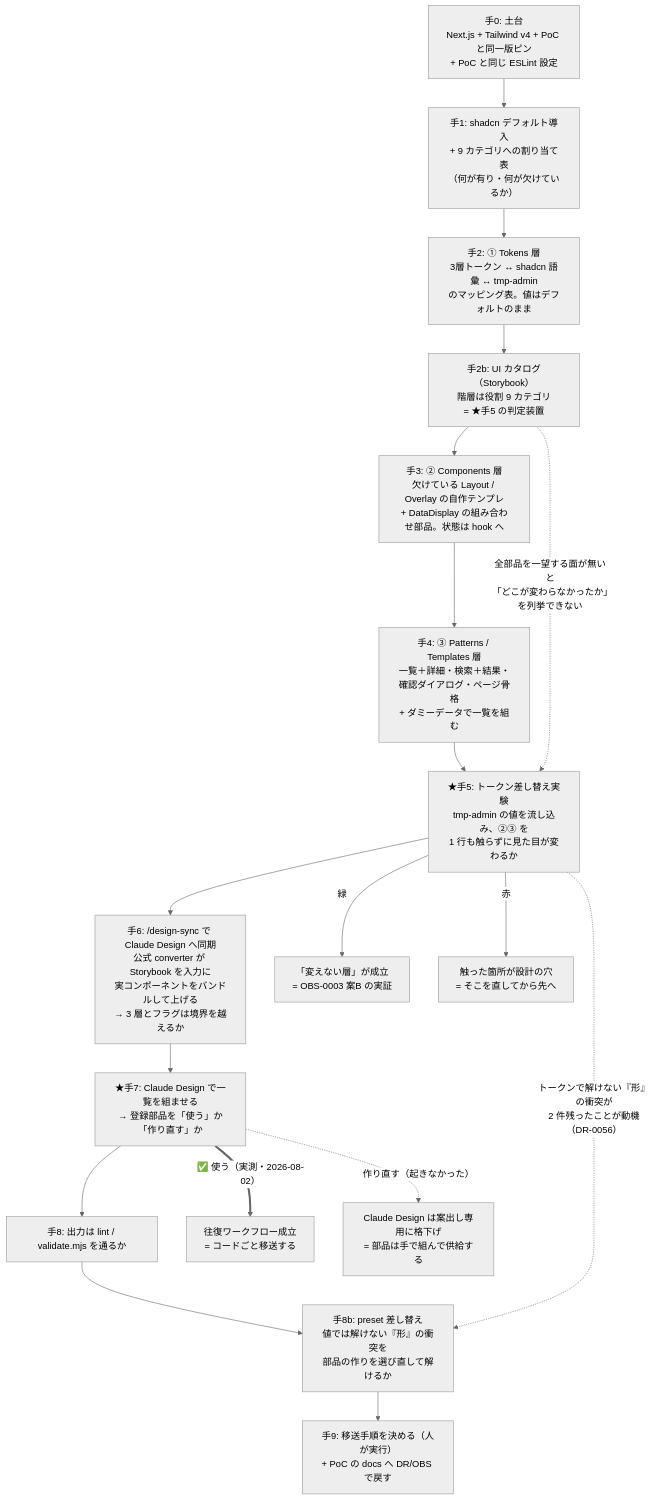
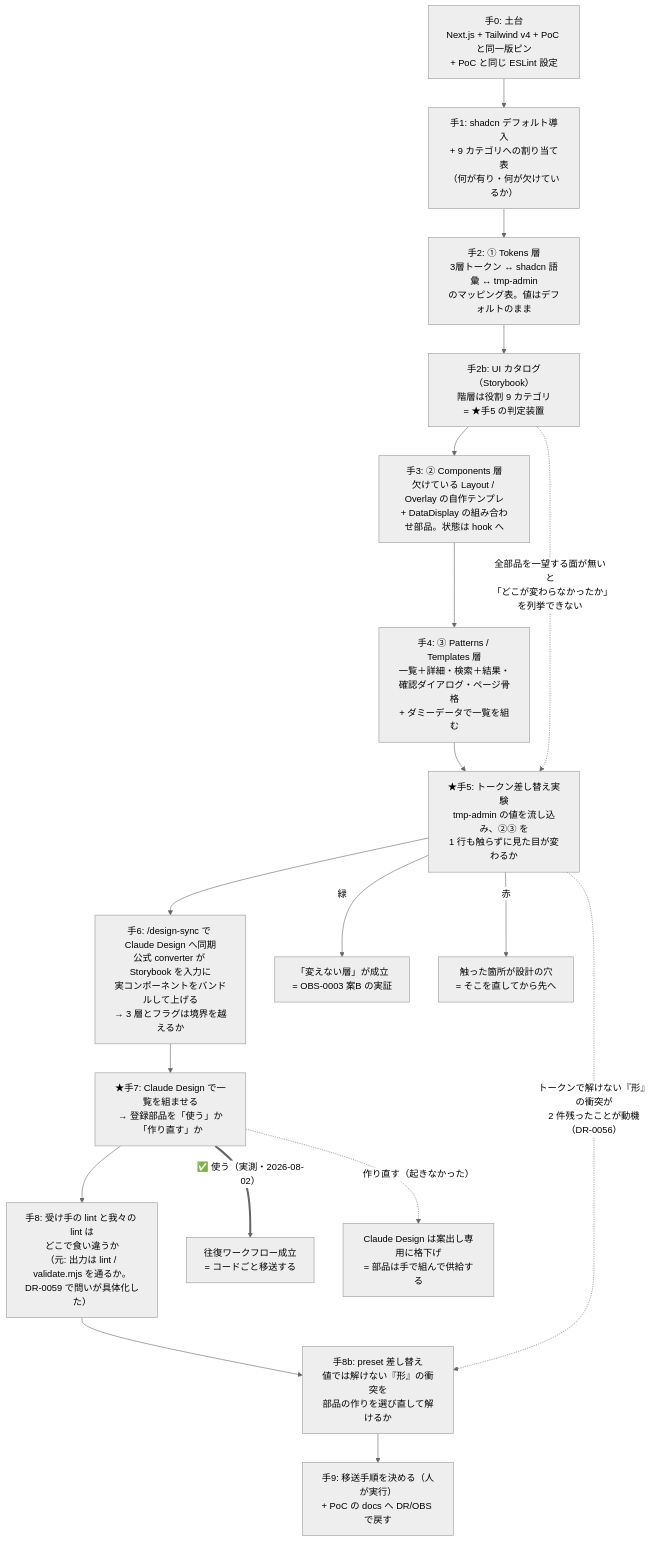
Before and after one commit to yatami0/design: the third of 3 diagrams in docs/UI検証の位置づけと段取り.md, drawn with Mermaid (neutral theme). The commit also changed other lines of this file and 1 other file, not shown here.

First line of the commit message:
procedure(H8): 手8 の手順書を起こした — 問いは「通るか」から「どこで食い違うか」へ [手8]

````diff
--- a/docs/UI検証の位置づけと段取り.md
+++ b/docs/UI検証の位置づけと段取り.md
@@ -140,24 +140,24 @@
 ```mermaid
 flowchart TD
   H0["手0: 土台<br/>Next.js + Tailwind v4 + PoC と同一版ピン<br/>+ PoC と同じ ESLint 設定"]
   H1["手1: shadcn デフォルト導入<br/>+ 9 カテゴリへの割り当て表<br/>（何が有り・何が欠けているか）"]
   H2["手2: ① Tokens 層<br/>3層トークン ↔ shadcn 語彙 ↔ tmp-admin<br/>のマッピング表。値はデフォルトのまま"]
   H2B["手2b: UI カタログ（Storybook）<br/>階層は役割 9 カテゴリ<br/>= ★手5 の判定装置"]
   H3["手3: ② Components 層<br/>欠けている Layout / Overlay の自作テンプレ<br/>+ DataDisplay の組み合わせ部品。状態は hook へ"]
   H4["手4: ③ Patterns / Templates 層<br/>一覧＋詳細・検索＋結果・確認ダイアログ・ページ骨格<br/>+ ダミーデータで一覧を組む"]
   H5["★手5: トークン差し替え実験<br/>tmp-admin の値を流し込み、②③ を<br/>1 行も触らずに見た目が変わるか"]
   H6["手6: /design-sync で Claude Design へ同期<br/>公式 converter が Storybook を入力に<br/>実コンポーネントをバンドルして上げる<br/>→ 3 層とフラグは境界を越えるか"]
   H7["★手7: Claude Design で一覧を組ませる<br/>→ 登録部品を「使う」か「作り直す」か"]
-  H8["手8: 出力は lint / validate.mjs を通るか"]
+  H8["手8: 受け手の lint と我々の lint は<br/>どこで食い違うか<br/>（元: 出力は lint / validate.mjs を通るか。<br/>DR-0059 で問いが具体化した）"]
   H8B["手8b: preset 差し替え<br/>値では解けない『形』の衝突を<br/>部品の作りを選び直して解けるか"]
   H9["手9: 移送手順を決める（人が実行）<br/>+ PoC の docs へ DR/OBS で戻す"]
 
   H0 --> H1 --> H2 --> H2B --> H3 --> H4 --> H5 --> H6 --> H7 --> H8 --> H8B --> H9
   H2B -. "全部品を一望する面が無いと<br/>「どこが変わらなかったか」を列挙できない" .-> H5
   H5 -. "トークンで解けない『形』の衝突が<br/>2 件残ったことが動機（DR-0056）" .-> H8B
 
   H5 -- "緑" --> OK5["「変えない層」が成立<br/>= OBS-0003 案B の実証"]
   H5 -- "赤" --> NG5["触った箇所が設計の穴<br/>= そこを直してから先へ"]
   H7 == "✅ 使う（実測・2026-08-02）" ==> OK7["往復ワークフロー成立<br/>= コードごと移送する"]
   H7 -. "作り直す（起きなかった）" .-> NG7["Claude Design は案出し専用に格下げ<br/>= 部品は手で組んで供給する"]
 ```
````
